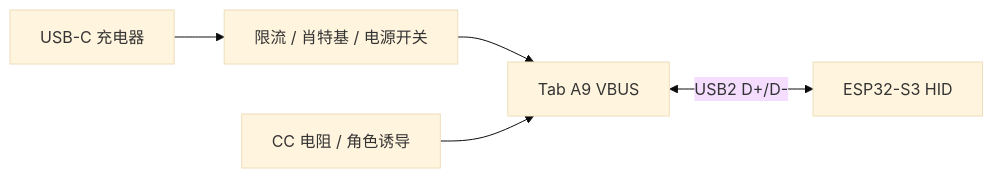
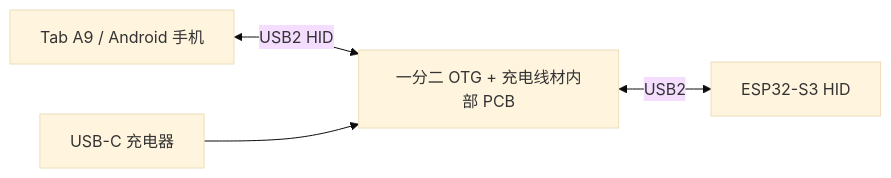
Before and after one commit to RogerHao/cosmo-radio: the fourth of 7 diagrams in pcb/README.md, drawn with Mermaid (base theme). The commit also changed other lines of this file, not shown here.

Commit message:
docs: pcb — record OTG split-cable integration path

````diff
--- a/pcb/README.md
+++ b/pcb/README.md
@@ -135,7 +140,6 @@
 ```mermaid
 flowchart LR
-    charger[USB-C 充电器] --> vbus[限流 / 肖特基 / 电源开关]
-    vbus --> tablet[Tab A9 VBUS]
-    tablet <-- USB2 D+/D- --> esp[ESP32-S3 HID]
-    cc[CC 电阻 / 角色诱导] --> tablet
+    tablet[Tab A9 / Android 手机] <-- USB2 HID --> cable[一分二 OTG + 充电线材内部 PCB]
+    charger[USB-C 充电器] --> cable
+    cable <-- USB2 --> esp[ESP32-S3 HID]
 ```
````
